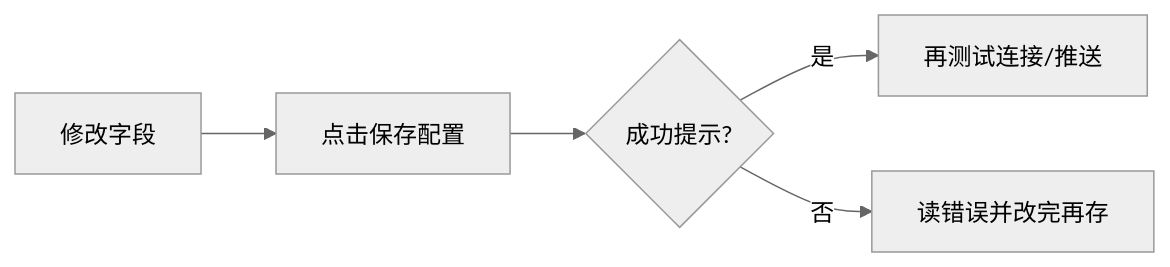
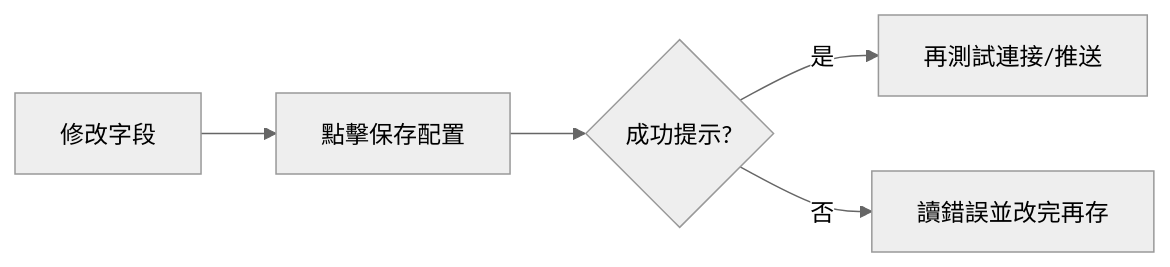
One commit to SiinXu/stock-pulse-ai changed the diagram in docs/ui-manual/i18n/zh-TW/10-settings.md. Above: the diagram before and after it, drawn with Mermaid (neutral theme). The commit also changed other lines of this file and 73 other files, not shown here.

First line of the commit message:
docs(ui-manual): deepen modules with scenarios, tone pass, and figure placeholders

````diff
--- a/docs/ui-manual/i18n/zh-TW/10-settings.md
+++ b/docs/ui-manual/i18n/zh-TW/10-settings.md
@@ -37,7 +34,7 @@
 ```mermaid
 flowchart LR
-  A[修改字段] --> B[点击保存配置]
+  A[修改字段] --> B[點擊保存配置]
   B --> C{成功提示?}
-  C -->|是| D[再测试连接/推送]
-  C -->|否| E[读错误并改完再存]
+  C -->|是| D[再測試連接/推送]
+  C -->|否| E[讀錯誤並改完再存]
 ```
````
